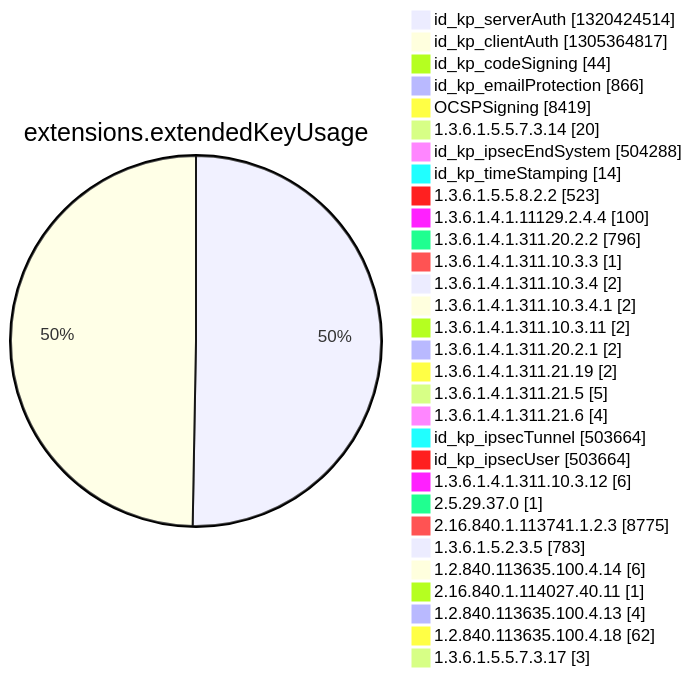
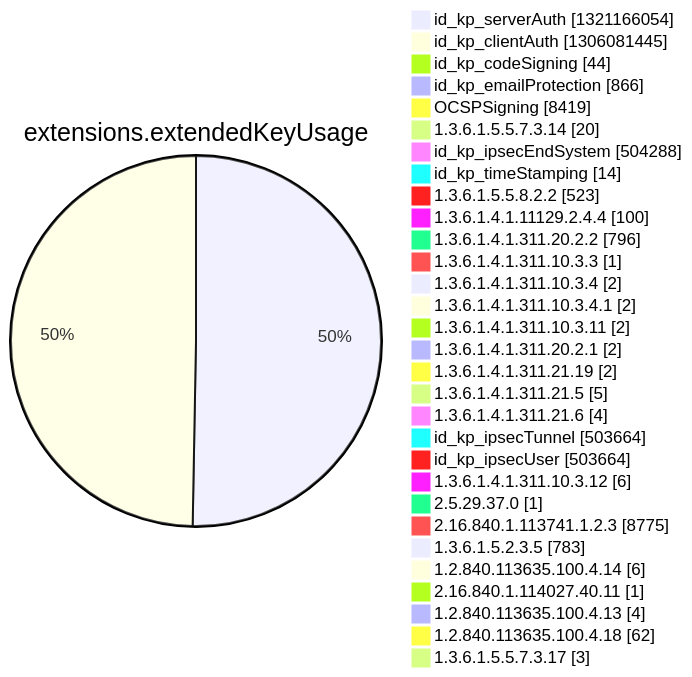
Diagram 12 of 15 in argon2022/README.md (christiankrug/ctmonitor_visualization), drawn with Mermaid before and after one commit. The commit also changed other lines of this file, not shown here.

````diff
--- a/argon2022/README.md
+++ b/argon2022/README.md
@@ -3552,34 +3553,34 @@
 ```mermaid
 pie showData
 title extensions.extendedKeyUsage
-"id_kp_serverAuth" :1320424514
-"id_kp_clientAuth" :1305364817
+"id_kp_serverAuth" :1321166054
+"id_kp_clientAuth" :1306081445
 "id_kp_codeSigning" :44
 "id_kp_emailProtection" :866
 "OCSPSigning" :8419
 "1.3.6.1.5.5.7.3.14" :20
 "id_kp_ipsecEndSystem" :504288
 "id_kp_timeStamping" :14
 "1.3.6.1.5.5.8.2.2" :523
 "1.3.6.1.4.1.11129.2.4.4" :100
 "1.3.6.1.4.1.311.20.2.2" :796
 "1.3.6.1.4.1.311.10.3.3" :1
 "1.3.6.1.4.1.311.10.3.4" :2
 "1.3.6.1.4.1.311.10.3.4.1" :2
 "1.3.6.1.4.1.311.10.3.11" :2
 "1.3.6.1.4.1.311.20.2.1" :2
 "1.3.6.1.4.1.311.21.19" :2
 "1.3.6.1.4.1.311.21.5" :5
 "1.3.6.1.4.1.311.21.6" :4
 "id_kp_ipsecTunnel" :503664
 "id_kp_ipsecUser" :503664
 "1.3.6.1.4.1.311.10.3.12" :6
 "2.5.29.37.0" :1
 "2.16.840.1.113741.1.2.3" :8775
 "1.3.6.1.5.2.3.5" :783
 "1.2.840.113635.100.4.14" :6
 "2.16.840.1.114027.40.11" :1
 "1.2.840.113635.100.4.13" :4
 "1.2.840.113635.100.4.18" :62
 "1.3.6.1.5.5.7.3.17" :3
 ```
````
